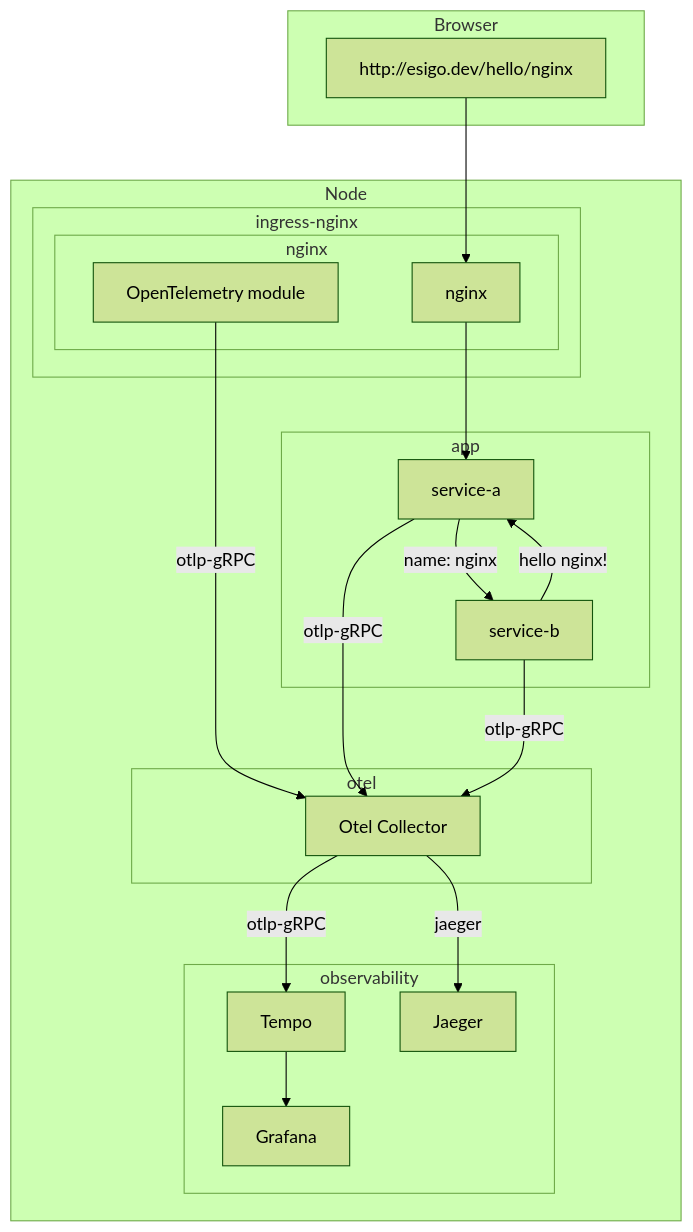
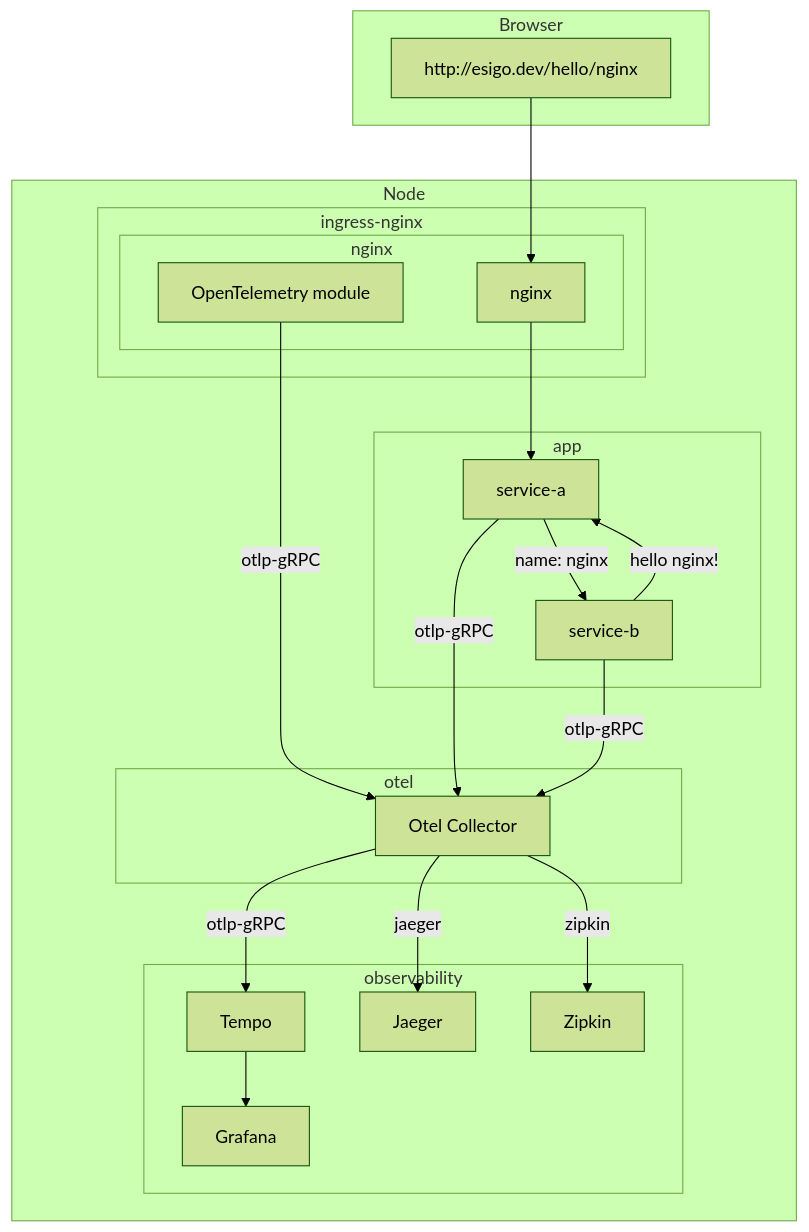
One commit to esigo/nginx-example changed the diagram in README.md. Above: the diagram before and after it, drawn with Mermaid (forest theme). The commit also changed other lines of this file and 4 other files, not shown here.

````diff
--- a/README.md
+++ b/README.md
@@ -7,44 +7,46 @@
 ```mermaid
 graph TB
     subgraph Browser
     start["http://esigo.dev/hello/nginx"]
     end
 
     subgraph app
         sa[service-a]
         sb[service-b]
         sa --> |name: nginx| sb
         sb --> |hello nginx!| sa
     end
 
     subgraph otel
         otc["Otel Collector"] 
     end
 
     subgraph observability
         tempo["Tempo"]
         grafana["Grafana"]
         backend["Jaeger"]
+        zipkin["Zipkin"]
     end
 
     subgraph ingress-nginx
         ngx[nginx]
     end
 
     subgraph ngx[nginx]
         ng[nginx]
         om[OpenTelemetry module]
     end
 
     subgraph Node
         app
         otel
         observability
         ingress-nginx
         om --> |otlp-gRPC| otc --> |jaeger| backend
+        otc --> |zipkin| zipkin
         otc --> |otlp-gRPC| tempo --> grafana
         sa --> |otlp-gRPC| otc
         sb --> |otlp-gRPC| otc
         start --> ng --> sa
     end
 ```
````
